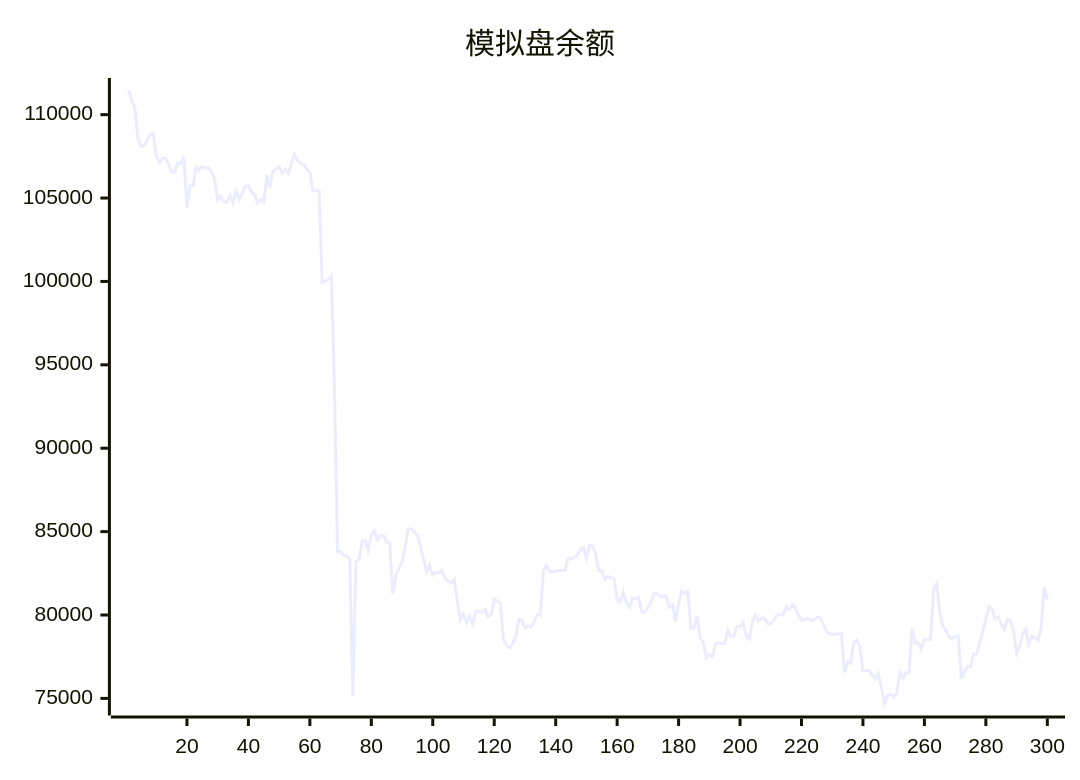
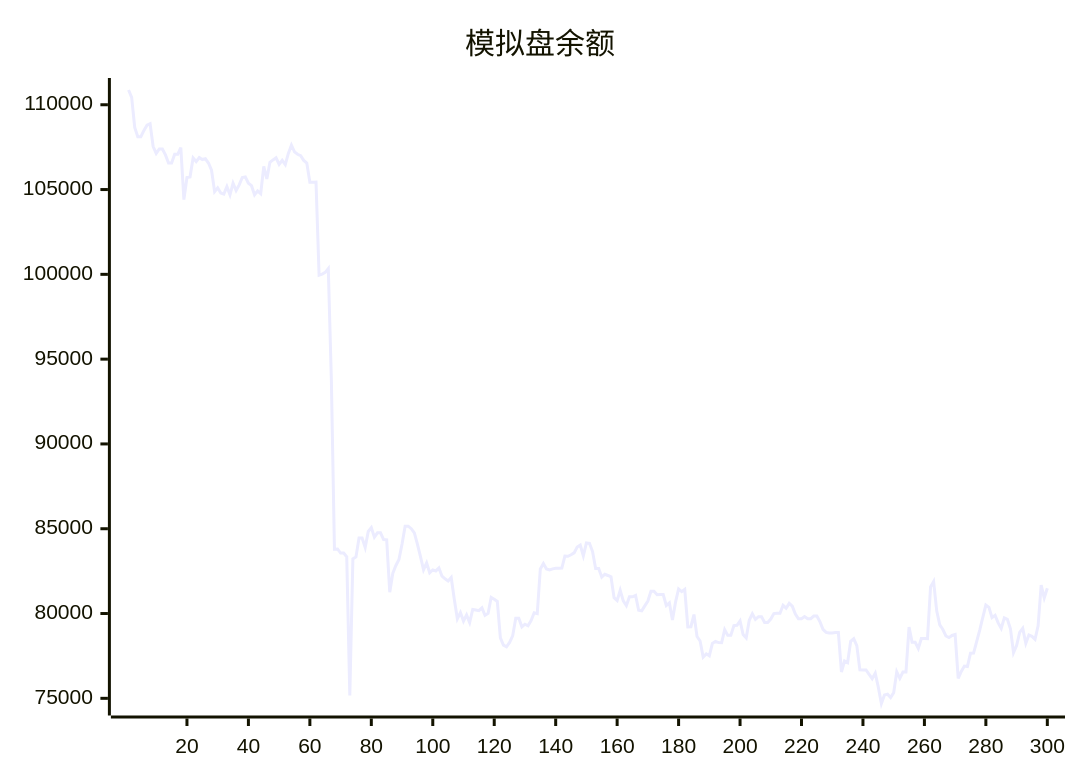
The diagram in README.md (aahl/ai-trading), drawn with Mermaid before and after one commit. The commit also changed other lines of this file and 1 other file, not shown here.

````diff
--- a/README.md
+++ b/README.md
@@ -5,5 +5,5 @@
 ```mermaid
 xychart
     title "模拟盘余额"
-    line [111478,110870,110433,108661,108116,108115,108485,108797,108877,107536,107134,107393,107393,107046,106565,106565,107081,107081,107478,104404,105715,105749,106866,106651,106889,106771,106816,106565,106141,104876,105103,104796,104734,105169,104690,105380,104941,105272,105709,105739,105374,105227,104691,104924,104762,106364,105628,106608,106748,106872,106485,106721,106468,107132,107620,107224,107080,107001,106717,106567,105431,105431,105440,99950,100017,100113,100337,93749,83795,83807,83567,83567,83342,75168,83222,83336,84448,84449,83896,84839,85065,84499,84757,84757,84364,84347,81254,82385,82835,83184,84099,85150,85150,85002,84751,84096,83356,82582,82983,82404,82572,82512,82688,82200,82047,81920,82125,80840,79688,80060,79552,79920,79470,80236,80208,80170,80336,79894,80006,80954,80837,80712,78561,78139,78037,78293,78682,79720,79720,79214,79372,79279,79591,80046,79993,82625,82950,82626,82571,82633,82670,82670,82681,83386,83378,83464,83579,83920,84037,83402,84160,84142,83652,82655,82655,82145,82315,82243,82163,80934,80770,81371,80742,80468,80989,80989,81067,80191,80155,80450,80737,81309,81309,81106,81119,81119,80471,80631,79624,80670,81448,81290,81429,79212,79222,79940,78643,78380,77432,77623,77504,78235,78358,78284,78277,79048,78714,78714,79290,79308,79567,78763,78563,79603,79988,79652,79813,79813,79476,79469,79673,79995,80015,80015,80486,80314,80600,80436,79966,79689,79689,79819,79692,79692,79850,79850,79518,79071,78889,78850,78850,78878,78878,76554,77202,77103,78357,78510,78106,76678,76677,76672,76411,76159,76485,75656,74695,75197,75246,75052,75334,76564,76179,76553,76551,79196,78300,78300,77944,78531,78531,78521,81564,81884,80160,79335,79055,78675,78580,78708,78764,76179,76586,76902,76876,77658,77669,78346,79023,79769,80497,80366,79761,79896,79448,79126,79749,79658,79097,77695,78114,78888,79126,78249,78738,78653,78478,79271,81680,80923]
+    line [110870,110433,108661,108116,108115,108485,108797,108877,107536,107134,107393,107393,107046,106565,106565,107081,107081,107478,104404,105715,105749,106866,106651,106889,106771,106816,106565,106141,104876,105103,104796,104734,105169,104690,105380,104941,105272,105709,105739,105374,105227,104691,104924,104762,106364,105628,106608,106748,106872,106485,106721,106468,107132,107620,107224,107080,107001,106717,106567,105431,105431,105440,99950,100017,100113,100337,93749,83795,83807,83567,83567,83342,75168,83222,83336,84448,84449,83896,84839,85065,84499,84757,84757,84364,84347,81254,82385,82835,83184,84099,85150,85150,85002,84751,84096,83356,82582,82983,82404,82572,82512,82688,82200,82047,81920,82125,80840,79688,80060,79552,79920,79470,80236,80208,80170,80336,79894,80006,80954,80837,80712,78561,78139,78037,78293,78682,79720,79720,79214,79372,79279,79591,80046,79993,82625,82950,82626,82571,82633,82670,82670,82681,83386,83378,83464,83579,83920,84037,83402,84160,84142,83652,82655,82655,82145,82315,82243,82163,80934,80770,81371,80742,80468,80989,80989,81067,80191,80155,80450,80737,81309,81309,81106,81119,81119,80471,80631,79624,80670,81448,81290,81429,79212,79222,79940,78643,78380,77432,77623,77504,78235,78358,78284,78277,79048,78714,78714,79290,79308,79567,78763,78563,79603,79988,79652,79813,79813,79476,79469,79673,79995,80015,80015,80486,80314,80600,80436,79966,79689,79689,79819,79692,79692,79850,79850,79518,79071,78889,78850,78850,78878,78878,76554,77202,77103,78357,78510,78106,76678,76677,76672,76411,76159,76485,75656,74695,75197,75246,75052,75334,76564,76179,76553,76551,79196,78300,78300,77944,78531,78531,78521,81564,81884,80160,79335,79055,78675,78580,78708,78764,76179,76586,76902,76876,77658,77669,78346,79023,79769,80497,80366,79761,79896,79448,79126,79749,79658,79097,77695,78114,78888,79126,78249,78738,78653,78478,79271,81680,80923,81488]
 ```
````
